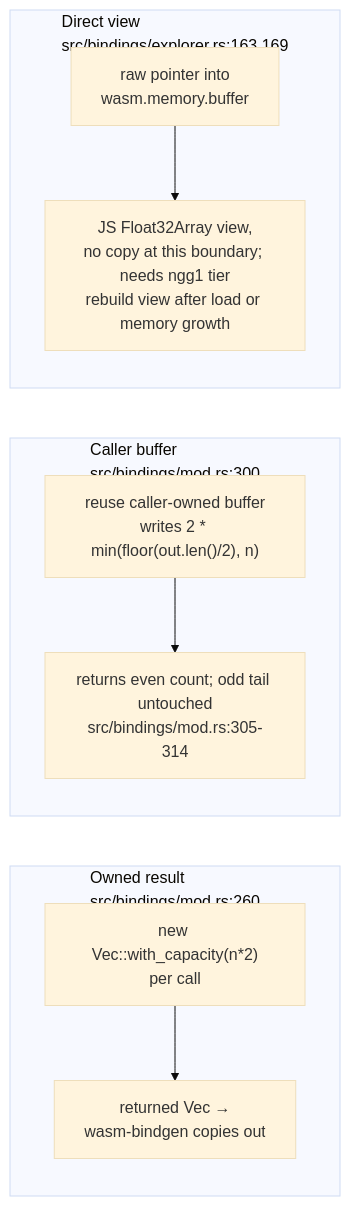
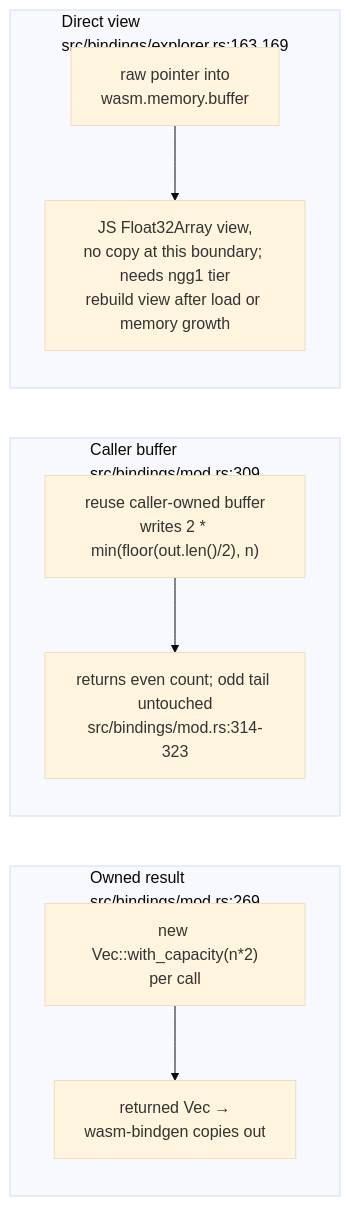
The second of 10 diagrams in docs/diagrams/vowl-wasm/04-js-api-examples-and-consumers.md (DreamLab-AI/VisionFlow), drawn with Mermaid (base theme) before and after one commit. The commit also changed other lines of this file and 5 other files, not shown here.

First line of the commit message:
docs(diagrams): vowl-wasm re-verified at v0.4.0 (0779174)

````diff
--- a/docs/diagrams/vowl-wasm/04-js-api-examples-and-consumers.md
+++ b/docs/diagrams/vowl-wasm/04-js-api-examples-and-consumers.md
@@ -53,12 +56,12 @@
 ```mermaid
 flowchart LR
-    subgraph Alloc["Owned result<br/>src/bindings/mod.rs:260"]
+    subgraph Alloc["Owned result<br/>src/bindings/mod.rs:269"]
         A1["new Vec::with_capacity(n*2)<br/>per call"] --> A2["returned Vec<f32> →<br/>wasm-bindgen copies out"]
     end
-    subgraph Reuse["Caller buffer<br/>src/bindings/mod.rs:300"]
-        B1["reuse caller-owned buffer<br/>writes 2 * min(floor(out.len()/2), n)"] --> B2["returns even count; odd tail untouched<br/>src/bindings/mod.rs:305-314"]
+    subgraph Reuse["Caller buffer<br/>src/bindings/mod.rs:309"]
+        B1["reuse caller-owned buffer<br/>writes 2 * min(floor(out.len()/2), n)"] --> B2["returns even count; odd tail untouched<br/>src/bindings/mod.rs:314-323"]
     end
     subgraph ZeroCopy["Direct view<br/>src/bindings/explorer.rs:163,169"]
         C1["raw pointer into<br/>wasm.memory.buffer"] --> C2["JS Float32Array view,<br/>no copy at this boundary; needs ngg1 tier<br/>rebuild view after load or memory growth"]
     end
 ```
````
